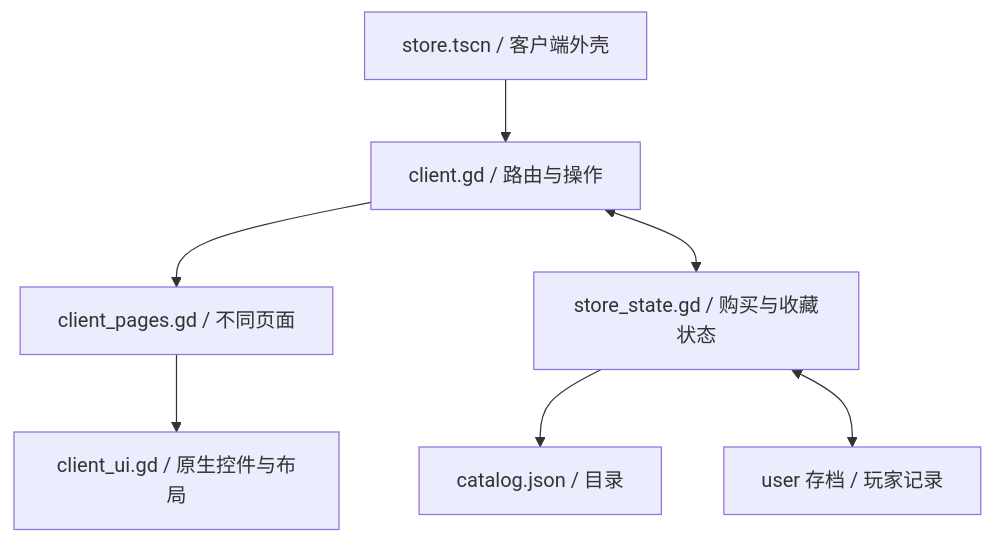
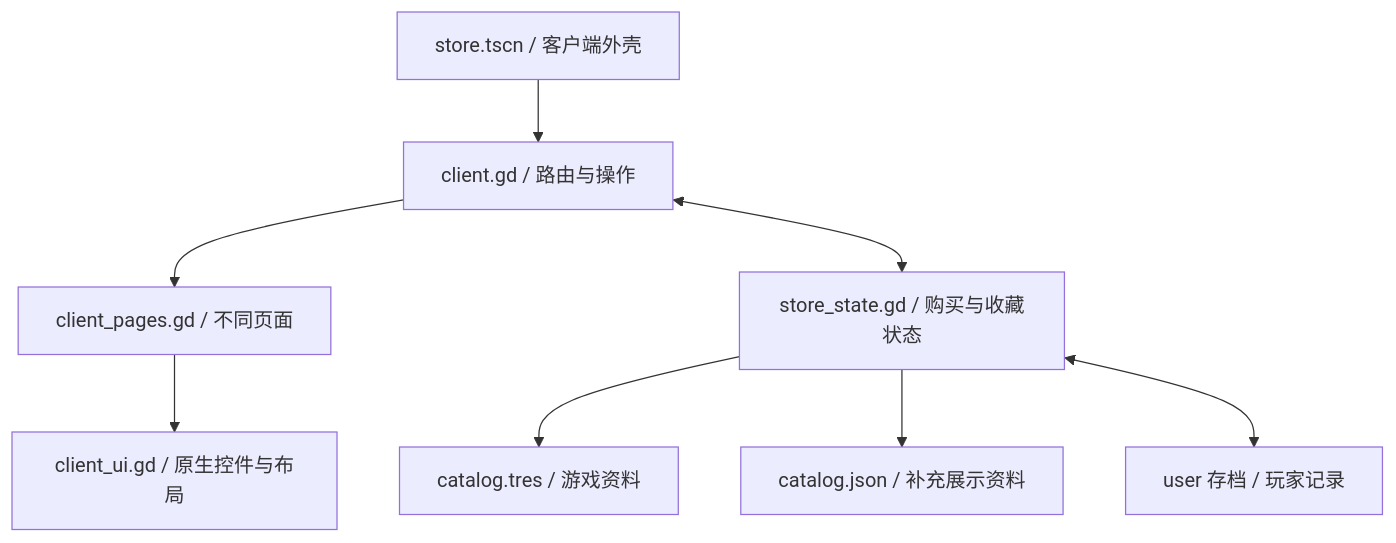
The diagram in CLIENT_STRUCTURE.md (lqc19891229/GameMemoirStore), drawn with Mermaid before and after one commit. The commit also changed other lines of this file and 38 other files, not shown here.

````diff
--- a/CLIENT_STRUCTURE.md
+++ b/CLIENT_STRUCTURE.md
@@ -26,9 +26,10 @@
 ```mermaid
 flowchart TD
   A["store.tscn / 客户端外壳"] --> B["client.gd / 路由与操作"]
   B --> C["client_pages.gd / 不同页面"]
   C --> D["client_ui.gd / 原生控件与布局"]
   B <--> E["store_state.gd / 购买与收藏状态"]
-  E --> F["catalog.json / 目录"]
+  E --> F["catalog.tres / 游戏资料"]
+  E --> H["catalog.json / 补充展示资料"]
   E <--> G["user 存档 / 玩家记录"]
 ```
````
